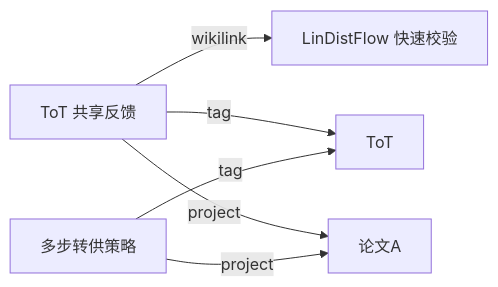
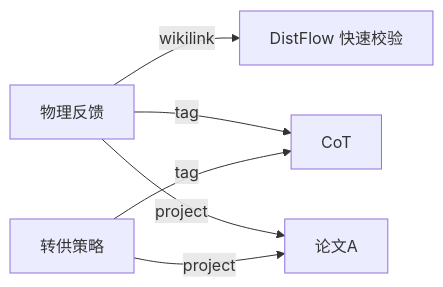
The second of 5 diagrams in README.md (Moxise/engineering-research-workbench), drawn with Mermaid before and after one commit. The commit also changed other lines of this file, not shown here.

````diff
--- a/README.md
+++ b/README.md
@@ -216,8 +210,8 @@
 ```mermaid
 graph LR
-    A[ToT 共享反馈] -->|wikilink| B[LinDistFlow 快速校验]
-    A -->|tag| T[ToT]
+    A[物理反馈] -->|wikilink| B[DistFlow 快速校验]
+    A -->|tag| T[CoT]
     A -->|project| P[论文A]
-    C[多步转供策略] -->|tag| T
+    C[转供策略] -->|tag| T
     C -->|project| P
 ```
````
